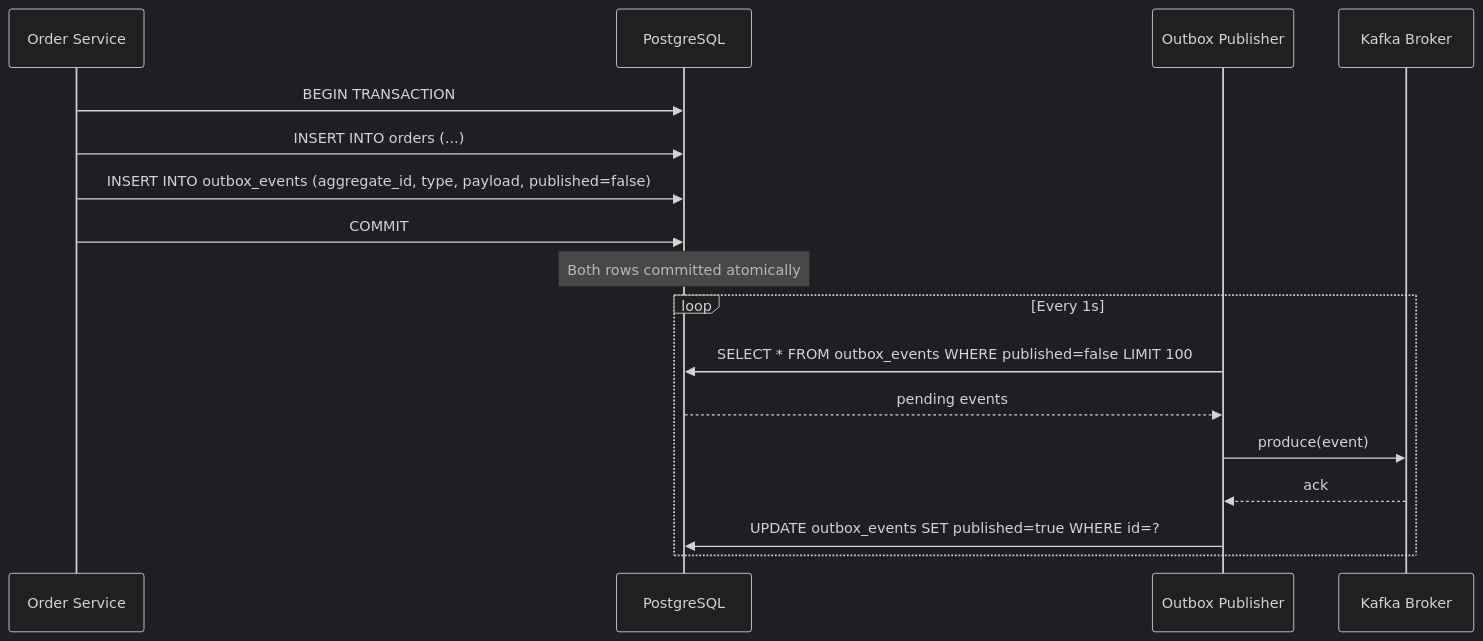
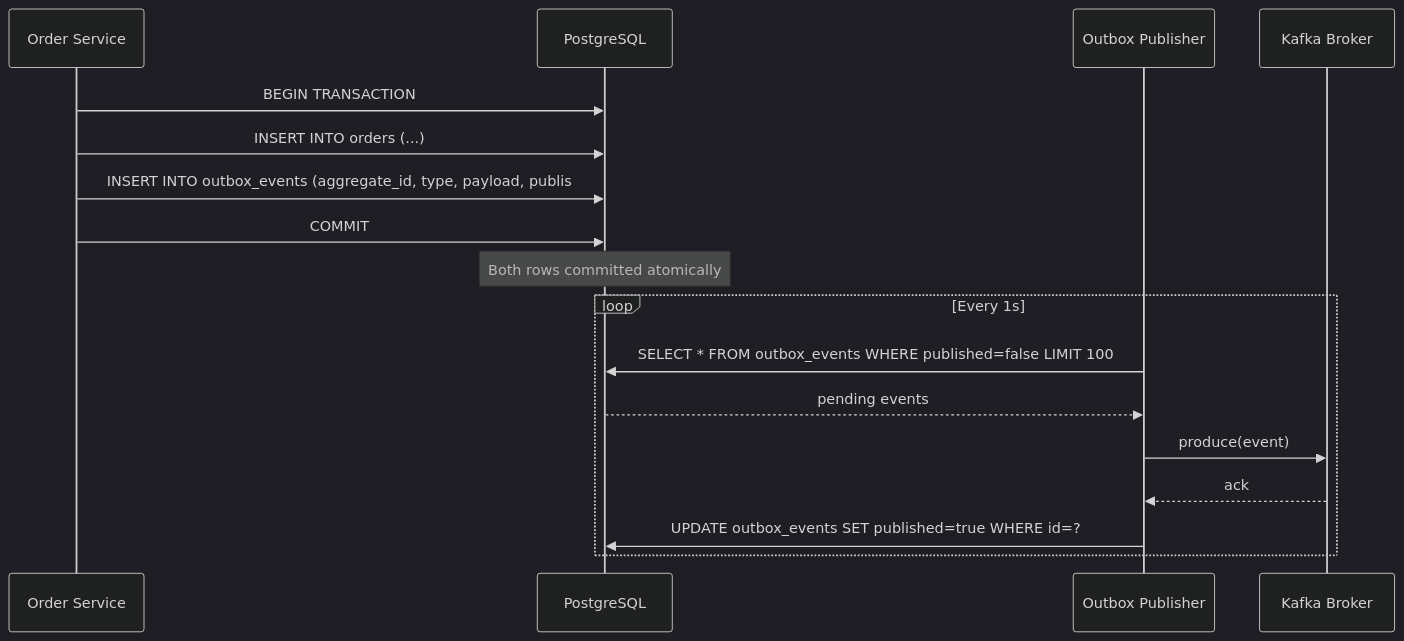
The second of 2 diagrams in docs/kafka/Kafka - L3 Delivery Guarantees.md (shivakrishnak/sk-int), drawn with Mermaid (dark theme) before and after one commit. The commit also changed other lines of this file and 892 other files, not shown here.

````diff
--- a/docs/kafka/Kafka - L3 Delivery Guarantees.md
+++ b/docs/kafka/Kafka - L3 Delivery Guarantees.md
@@ -765,21 +765,21 @@
 ```mermaid
 sequenceDiagram
     participant Service as Order Service
     participant DB as PostgreSQL
     participant Publisher as Outbox Publisher
     participant Kafka as Kafka Broker
 
     Service->>DB: BEGIN TRANSACTION
     Service->>DB: INSERT INTO orders (...)
-    Service->>DB: INSERT INTO outbox_events (aggregate_id, type, payload, published=false)
+    Service->>DB: INSERT INTO outbox_events (aggregate_id, type, payload, publis
     Service->>DB: COMMIT
     Note over DB: Both rows committed atomically
 
     loop Every 1s
-        Publisher->>DB: SELECT * FROM outbox_events WHERE published=false LIMIT 100
+  Publisher->>DB: SELECT * FROM outbox_events WHERE published=false LIMIT 100
         DB-->>Publisher: pending events
         Publisher->>Kafka: produce(event)
         Kafka-->>Publisher: ack
         Publisher->>DB: UPDATE outbox_events SET published=true WHERE id=?
     end
 ```
````
